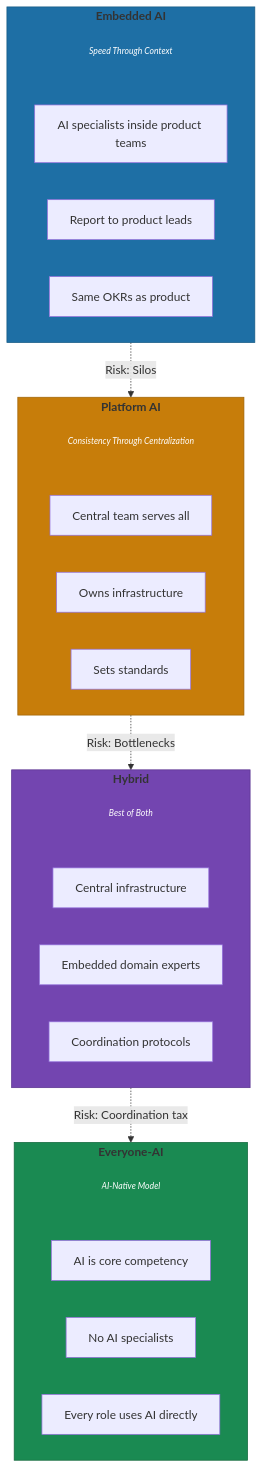
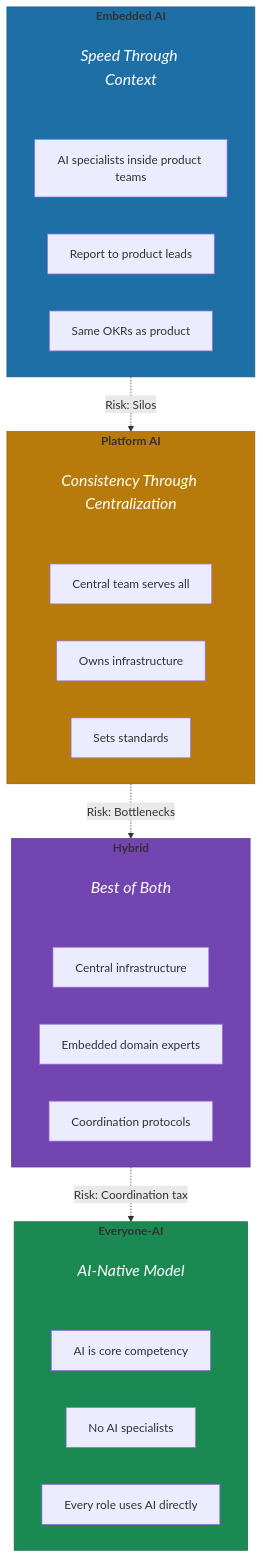
The first of 2 diagrams in book/part-3-operating/08-teams-for-ai-first-companies/01-the-4-team-models.md (saurav-yirifi/blueprint-ai-first-company), drawn with Mermaid before and after one commit. The commit also changed other lines of this file and 74 other files, not shown here.

First line of the commit message:
Standardize Mermaid diagrams: dual-mode colors, style directives, and line breaks

````diff
--- a/book/part-3-operating/08-teams-for-ai-first-companies/01-the-4-team-models.md
+++ b/book/part-3-operating/08-teams-for-ai-first-companies/01-the-4-team-models.md
@@ -11,44 +11,44 @@
 ```mermaid
 flowchart TB
     subgraph EMBEDDED["<b>Embedded AI</b>"]
         direction LR
-        ES[ <i>Speed Through Context</i> ]:::subtitle
+        ES["<i>Speed Through Context</i>"]:::subtitle
         E1[AI specialists inside product teams]
         E2[Report to product leads]
         E3[Same OKRs as product]
     end
 
     subgraph PLATFORM["<b>Platform AI</b>"]
         direction LR
-        PS[ <i>Consistency Through Centralization</i> ]:::subtitle
+        PS["<i>Consistency Through Centralization</i>"]:::subtitle
         P1[Central team serves all]
         P2[Owns infrastructure]
         P3[Sets standards]
     end
 
     subgraph HYBRID["<b>Hybrid</b>"]
         direction LR
-        HS[ <i>Best of Both</i> ]:::subtitle
+        HS["<i>Best of Both</i>"]:::subtitle
         H1[Central infrastructure]
         H2[Embedded domain experts]
         H3[Coordination protocols]
     end
 
     subgraph EVERYONE["<b>Everyone-AI</b>"]
         direction LR
-        VS[ <i>AI-Native Model</i> ]:::subtitle
+        VS["<i>AI-Native Model</i>"]:::subtitle
         V1[AI is core competency]
         V2[No AI specialists]
         V3[Every role uses AI directly]
     end
 
     EMBEDDED -.->|"Risk: Silos"| PLATFORM
     PLATFORM -.->|"Risk: Bottlenecks"| HYBRID
     HYBRID -.->|"Risk: Coordination tax"| EVERYONE
 
-    classDef subtitle fill:none,stroke:none,color:#fff,font-size:0.9em
+    classDef subtitle fill:none,stroke:none,color:#fff,font-size:1.1em
     style EMBEDDED fill:#1e6fa5,stroke:#155a85
-    style PLATFORM fill:#c77d0a,stroke:#a06508
+    style PLATFORM fill:#b87a0a,stroke:#946208
     style HYBRID fill:#7345b0,stroke:#5b3590
     style EVERYONE fill:#1a8a52,stroke:#14693e
 ```
````
